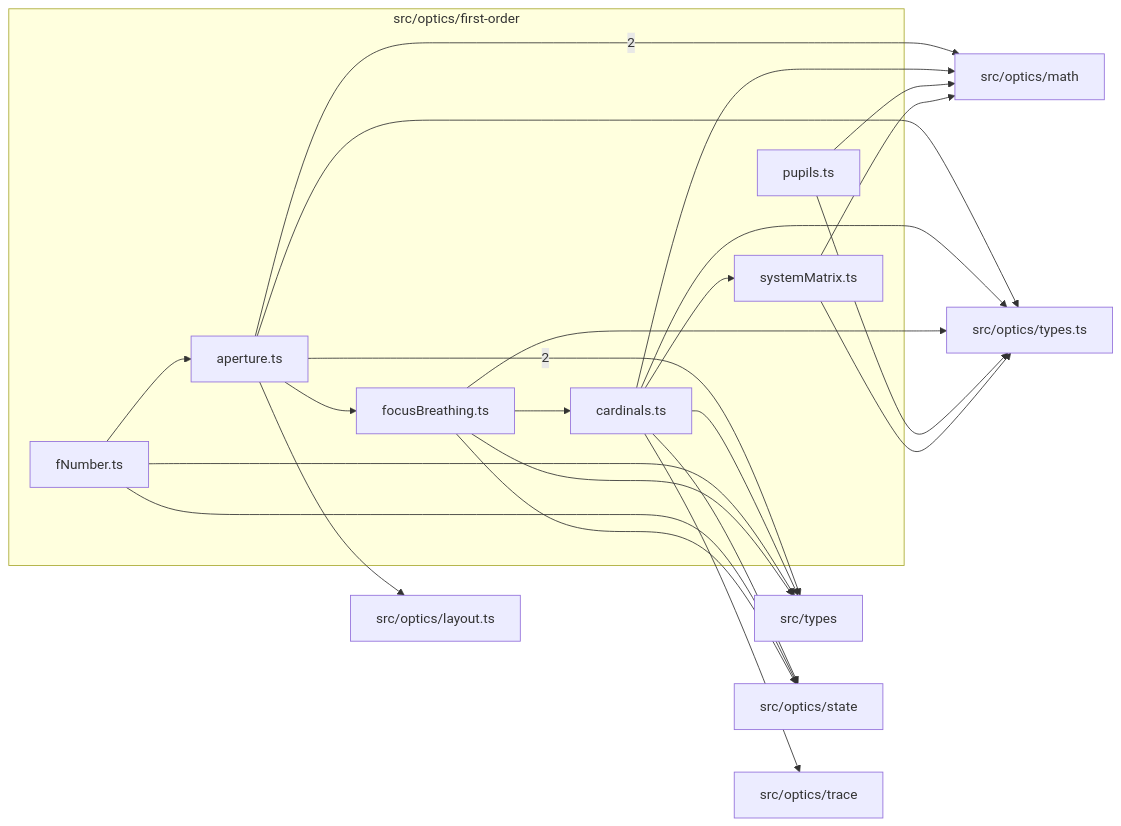
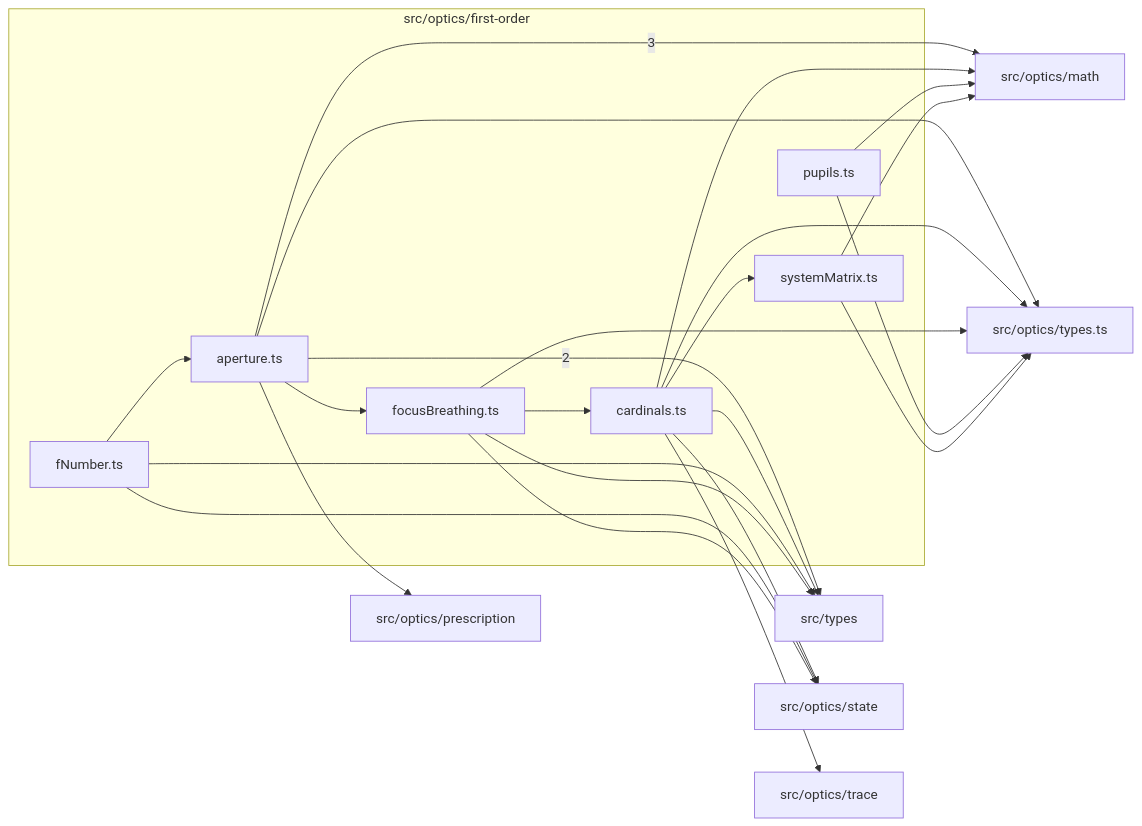
One commit to ronbuening/LensVisualizer changed the diagram in src/optics/first-order/readme.md. Above: the diagram before and after it, drawn with Mermaid. The commit also changed other lines of this file and 18 other files, not shown here.

````diff
--- a/src/optics/first-order/readme.md
+++ b/src/optics/first-order/readme.md
@@ -9,39 +9,39 @@
 ```mermaid
 flowchart LR
   subgraph n_src_optics_first_order["src/optics/first-order"]
     n_src_optics_first_order_src_optics_first_order_aperture_ts["aperture.ts"]
     n_src_optics_first_order_src_optics_first_order_cardinals_ts["cardinals.ts"]
     n_src_optics_first_order_src_optics_first_order_fNumber_ts["fNumber.ts"]
     n_src_optics_first_order_src_optics_first_order_focusBreathing_ts["focusBreathing.ts"]
     n_src_optics_first_order_src_optics_first_order_pupils_ts["pupils.ts"]
     n_src_optics_first_order_src_optics_first_order_systemMatrix_ts["systemMatrix.ts"]
   end
   n_external_src_optics_math["src/optics/math"]
   n_external_src_types["src/types"]
-  n_external_src_optics_layout_ts["src/optics/layout.ts"]
+  n_external_src_optics_prescription["src/optics/prescription"]
   n_external_src_optics_state["src/optics/state"]
   n_external_src_optics_trace["src/optics/trace"]
   n_external_src_optics_types_ts["src/optics/types.ts"]
-  n_src_optics_first_order_src_optics_first_order_aperture_ts --> |2| n_external_src_optics_math
+  n_src_optics_first_order_src_optics_first_order_aperture_ts --> |3| n_external_src_optics_math
   n_src_optics_first_order_src_optics_first_order_aperture_ts --> |2| n_external_src_types
-  n_src_optics_first_order_src_optics_first_order_aperture_ts --> n_external_src_optics_layout_ts
   n_src_optics_first_order_src_optics_first_order_cardinals_ts --> n_external_src_optics_math
   n_src_optics_first_order_src_optics_first_order_pupils_ts --> n_external_src_optics_math
   n_src_optics_first_order_src_optics_first_order_systemMatrix_ts --> n_external_src_optics_math
+  n_src_optics_first_order_src_optics_first_order_aperture_ts --> n_external_src_optics_prescription
   n_src_optics_first_order_src_optics_first_order_cardinals_ts --> n_external_src_optics_state
   n_src_optics_first_order_src_optics_first_order_fNumber_ts --> n_external_src_optics_state
   n_src_optics_first_order_src_optics_first_order_focusBreathing_ts --> n_external_src_optics_state
   n_src_optics_first_order_src_optics_first_order_cardinals_ts --> n_external_src_optics_trace
   n_src_optics_first_order_src_optics_first_order_aperture_ts --> n_external_src_optics_types_ts
   n_src_optics_first_order_src_optics_first_order_cardinals_ts --> n_external_src_optics_types_ts
   n_src_optics_first_order_src_optics_first_order_focusBreathing_ts --> n_external_src_optics_types_ts
   n_src_optics_first_order_src_optics_first_order_pupils_ts --> n_external_src_optics_types_ts
   n_src_optics_first_order_src_optics_first_order_systemMatrix_ts --> n_external_src_optics_types_ts
   n_src_optics_first_order_src_optics_first_order_cardinals_ts --> n_external_src_types
   n_src_optics_first_order_src_optics_first_order_fNumber_ts --> n_external_src_types
   n_src_optics_first_order_src_optics_first_order_focusBreathing_ts --> n_external_src_types
   n_src_optics_first_order_src_optics_first_order_fNumber_ts --> n_src_optics_first_order_src_optics_first_order_aperture_ts
   n_src_optics_first_order_src_optics_first_order_focusBreathing_ts --> n_src_optics_first_order_src_optics_first_order_cardinals_ts
   n_src_optics_first_order_src_optics_first_order_aperture_ts --> n_src_optics_first_order_src_optics_first_order_focusBreathing_ts
   n_src_optics_first_order_src_optics_first_order_cardinals_ts --> n_src_optics_first_order_src_optics_first_order_systemMatrix_ts
 ```
````
